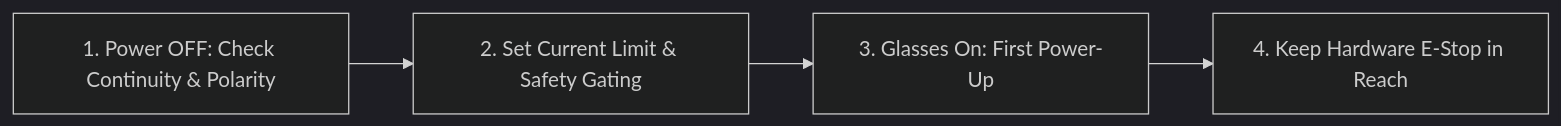
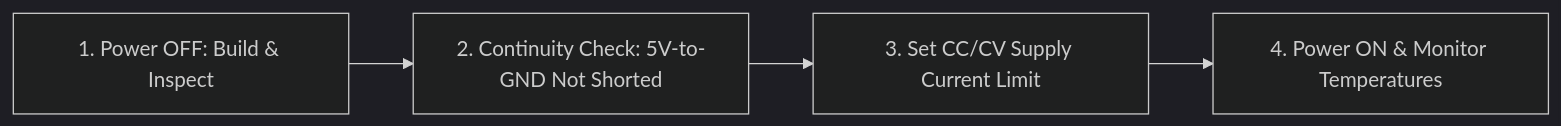
The diagram in resources/safety.md (TLE47/Mechatronics-Roadmap), drawn with Mermaid (dark theme) before and after one commit. The commit also changed other lines of this file and 58 other files, not shown here.

````diff
--- a/resources/safety.md
+++ b/resources/safety.md
@@ -5,6 +5,6 @@
 ```mermaid
 flowchart LR
-    Off["1. Power OFF: Check Continuity & Polarity"] --> Limit["2. Set Current Limit & Safety Gating"]
-    Limit --> StandBack["3. Glasses On: First Power-Up"]
-    StandBack --> EStop["4. Keep Hardware E-Stop in Reach"]
+    Off["1. Power OFF: Build & Inspect"] --> Cont["2. Continuity Check: 5V-to-GND Not Shorted"]
+    Cont --> CCCV["3. Set CC/CV Supply Current Limit"]
+    CCCV --> On["4. Power ON & Monitor Temperatures"]
 ```
````
